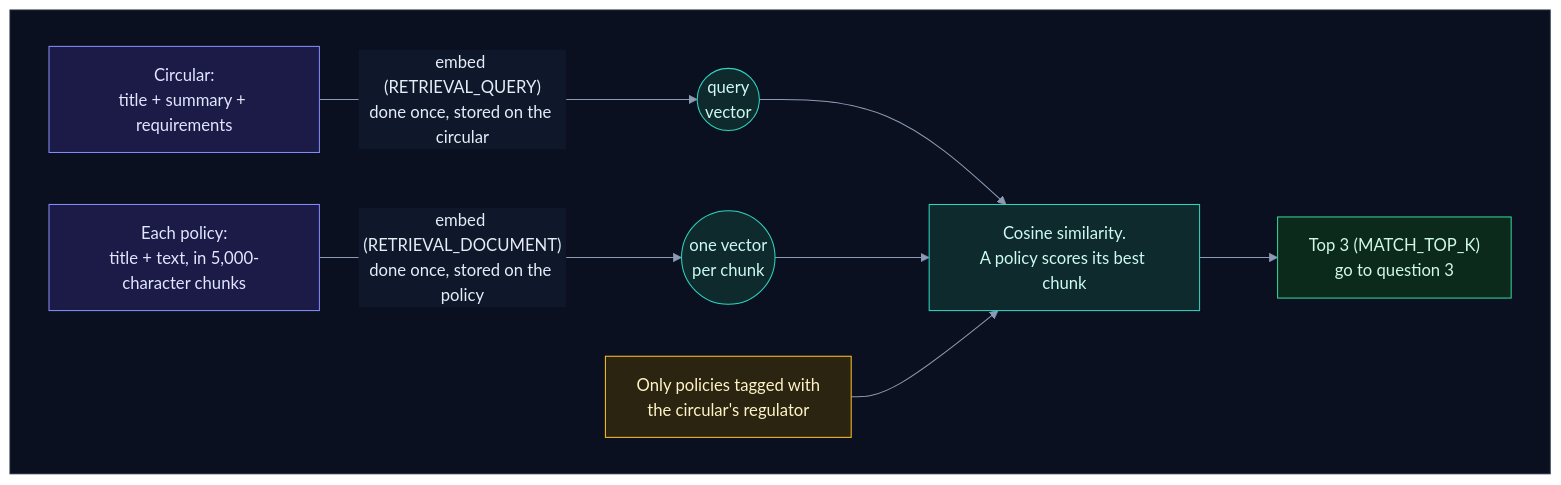
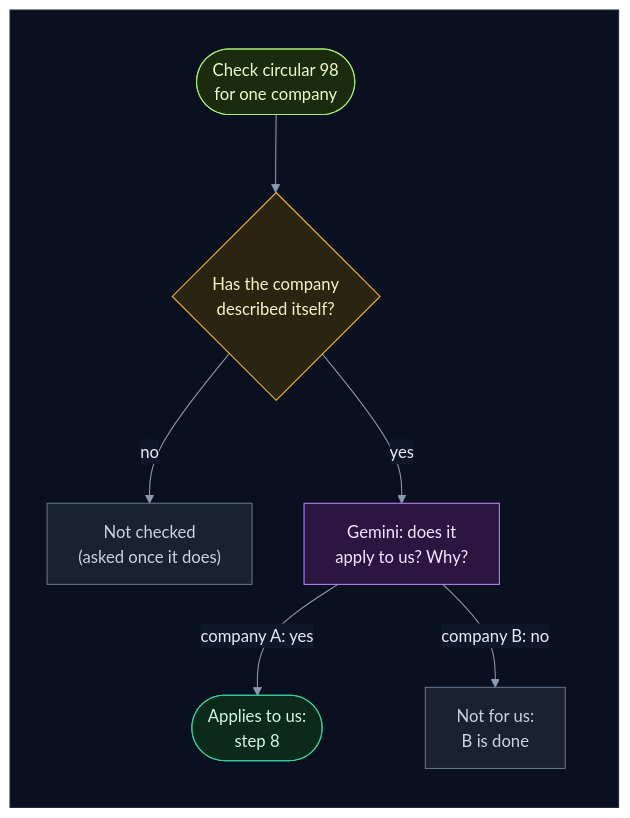
One commit to selvakumarperumal/Regulatory_Circular_Impact_Agent changed diagram 12 of 52 in how_it_works.md. Above: the diagram before and after it, drawn with Mermaid. The commit also changed other lines of this file and 3 other files, not shown here.

First line of the commit message:
Rewrite how_it_works.md in plain words, a diagram per step

````diff
--- a/how_it_works.md
+++ b/how_it_works.md
@@ -707,28 +618,28 @@
 ```mermaid
 %%{init: {"theme": "base", "flowchart": {"diagramPadding": 0}, "themeVariables": {"darkMode": true, "primaryColor": "#16213a", "primaryTextColor": "#e6edf7", "primaryBorderColor": "#475a7a", "lineColor": "#8b9bb4", "secondaryColor": "#1b2436", "tertiaryColor": "#101a2e", "edgeLabelBackground": "#0f172a", "textColor": "#e2e8f0", "clusterBkg": "#0f1728", "clusterBorder": "#2b3a55", "titleColor": "#c4b5fd", "nodeTextColor": "#e6edf7"}}}%%
-flowchart LR
+flowchart TD
     subgraph canvas[" "]
-        direction LR
-        c["Circular:<br/>title + summary + requirements"] -->|"embed (RETRIEVAL_QUERY)<br/>done once, stored on the circular"| qv(("query<br/>vector"))
-        p["Each policy:<br/>title + text, in 5,000-character chunks"] -->|"embed (RETRIEVAL_DOCUMENT)<br/>done once, stored on the policy"| pv(("one vector<br/>per chunk"))
-        qv --> cos["Cosine similarity.<br/>A policy scores its best chunk"]
-        pv --> cos
-        filter["Only policies tagged with<br/>the circular's regulator"] --> cos
-        cos --> top["Top 3 (MATCH_TOP_K)<br/>go to question 3"]
+        direction TB
+        a(["Check circular 98<br/>for one company"]) --> p{"Has the company<br/>described itself?"}
+        p -->|"no"| nc["Not checked<br/>(asked once it does)"]
+        p -->|"yes"| g["Gemini: does it<br/>apply to us? Why?"]
+        g -->|"company A: yes"| yes(["Applies to us:<br/>step 8"])
+        g -->|"company B: no"| nb["Not for us:<br/>B is done"]
     end
-
     classDef svc fill:#0e2a2c,stroke:#2dd4bf,color:#ccfbf1
     classDef data fill:#1c1a47,stroke:#818cf8,color:#e0e7ff
     classDef ext fill:#2a1640,stroke:#c084fc,color:#f3e8ff
     classDef gpu fill:#2d1b0c,stroke:#fb923c,color:#ffedd5
     classDef ask fill:#2a2410,stroke:#fbbf24,color:#fef3c7
     classDef ok fill:#0b2a1c,stroke:#34d399,color:#d1fae5
     classDef bad fill:#2e0f17,stroke:#fb7185,color:#ffe4e6
     classDef start fill:#1c2a0e,stroke:#a7ef6f,color:#ecfccb
     classDef muted fill:#1a2130,stroke:#64748b,color:#cbd5e1
-    class c,p data
-    class qv,pv,cos svc
-    class filter ask
-    class top ok
+    classDef queue fill:#0c2231,stroke:#38bdf8,color:#e0f2fe
+    class a start
+    class p ask
+    class nc,nb muted
+    class g ext
+    class yes ok
     style canvas fill:#0b1020,stroke:#1e293b,color:#0b1020
 ```
````
